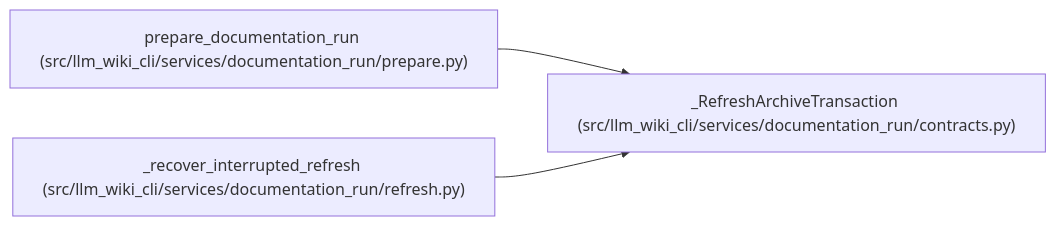
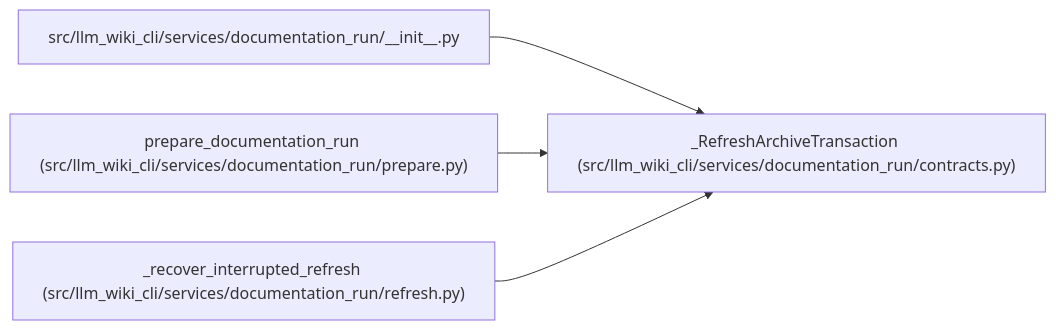
Before and after one commit to Denissvgn/python-wiki-llm: the diagram in docs/llm_wiki/entities/RefreshArchiveTransaction.md, drawn with Mermaid. The commit also changed other lines of this file and 76 other files, not shown here.

Commit message:
docs: refresh wiki after typing fixes

````diff
--- a/docs/llm_wiki/entities/RefreshArchiveTransaction.md
+++ b/docs/llm_wiki/entities/RefreshArchiveTransaction.md
@@ -32,11 +32,14 @@
 ```mermaid
 flowchart LR
     n0["_RefreshArchiveTransaction (src/llm_wiki_cli/services/documentation_run/contracts.py)"]
-    n1["prepare_documentation_run (src/llm_wiki_cli/services/documentation_run/prepare.py)"]
-    n2["_recover_interrupted_refresh (src/llm_wiki_cli/services/documentation_run/refresh.py)"]
+    n1["src/llm_wiki_cli/services/documentation_run/__init__.py"]
+    n2["prepare_documentation_run (src/llm_wiki_cli/services/documentation_run/prepare.py)"]
+    n3["_recover_interrupted_refresh (src/llm_wiki_cli/services/documentation_run/refresh.py)"]
     n1 --> n0
     n2 --> n0
+    n3 --> n0
     click n0 "../modules/documentation_run_contracts.md"
-    click n1 "../modules/prepare.md"
-    click n2 "../modules/refresh.md"
+    click n1 "../modules/documentation_run___init__.md"
+    click n2 "../modules/prepare.md"
+    click n3 "../modules/refresh.md"
 ```
````
